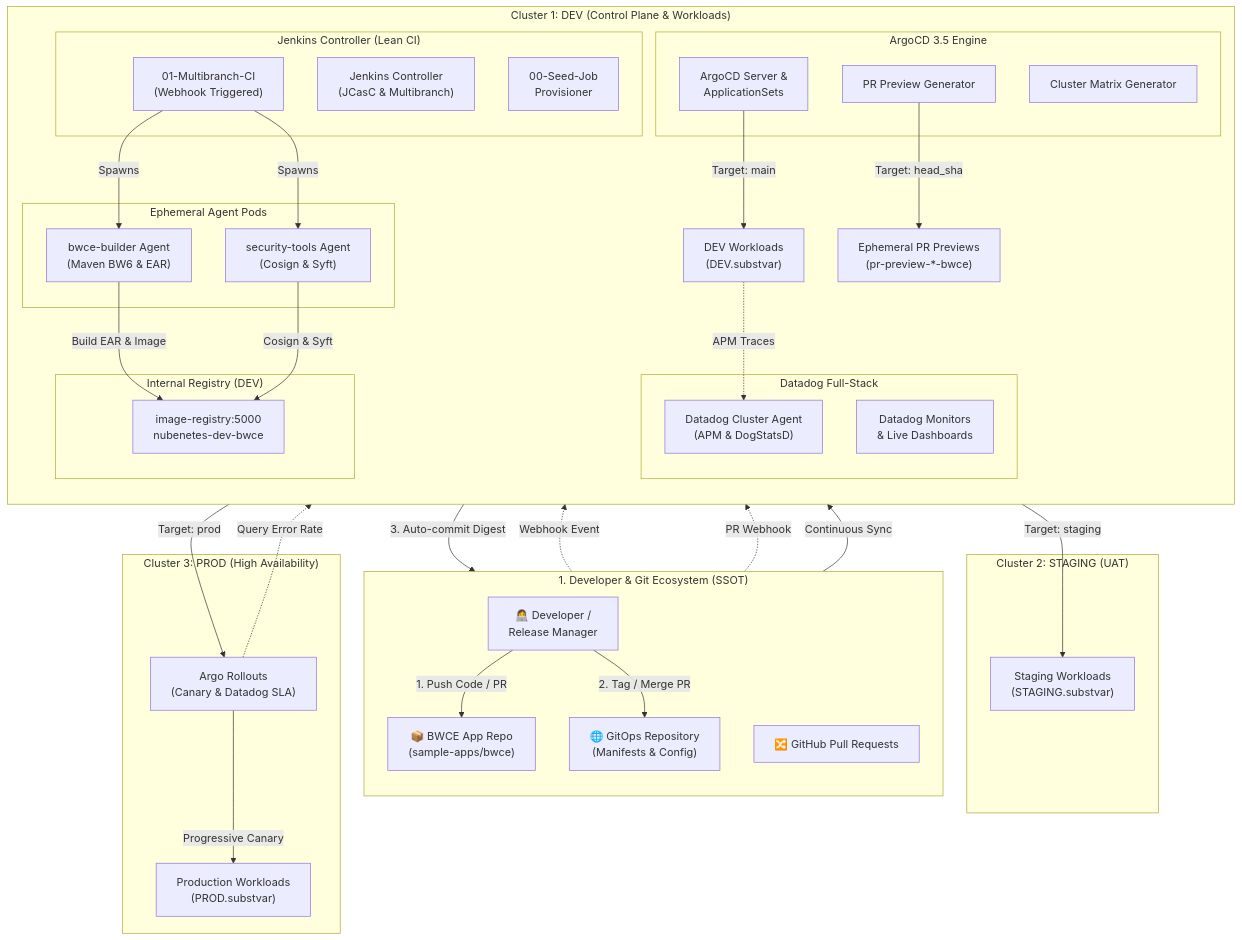
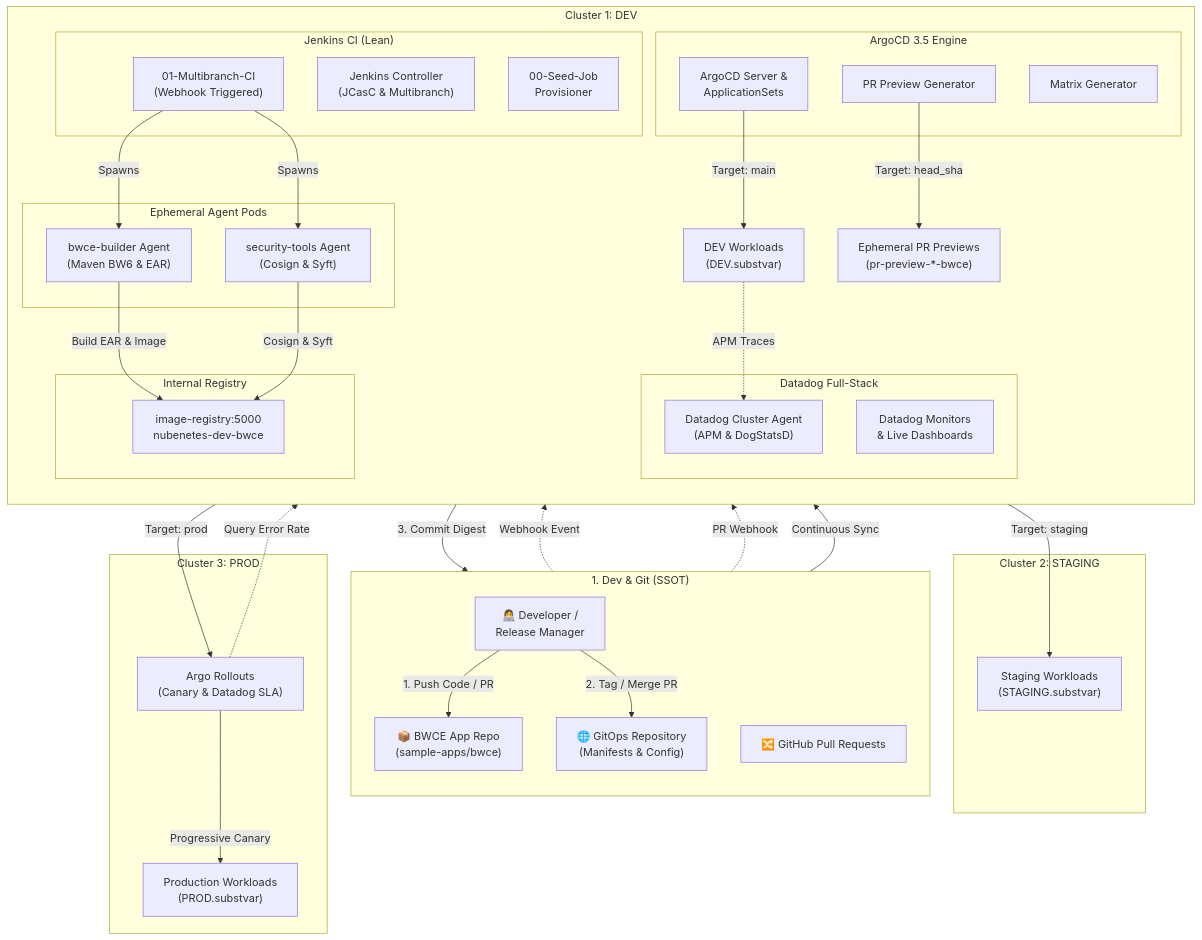
The seventh of 15 diagrams in README.md (nubenetes/jenkins-without-git-parameter-bwce), drawn with Mermaid before and after one commit. The commit also changed other lines of this file, not shown here.

Commit message:
fix(mermaid): enforce hard 20-char line limit on all diagram nodes to permanently prevent text clipping on GitHub

````diff
--- a/README.md
+++ b/README.md
@@ -553,76 +552,76 @@
 ```mermaid
 flowchart TB
-    subgraph DeveloperWorkspace["1. Developer & Git Ecosystem (SSOT)"]
+    subgraph DeveloperWorkspace["1. Dev & Git (SSOT)"]
         direction TB
         Dev["👩‍💻 Developer /<br/>Release Manager"]
         AppRepo["📦 BWCE App Repo<br/>(sample-apps/bwce)"]
         GitOpsRepo["🌐 GitOps Repository<br/>(Manifests & Config)"]
         GitHubPR["🔀 GitHub Pull Requests"]
     end
 
-    subgraph OCP_DEV["Cluster 1: DEV (Control Plane & Workloads)"]
+    subgraph OCP_DEV["Cluster 1: DEV"]
         direction TB
-        subgraph JenkinsPlatform["Jenkins Controller (Lean CI)"]
+        subgraph JenkinsPlatform["Jenkins CI (Lean)"]
             Master["Jenkins Controller<br/>(JCasC & Multibranch)"]
             Seed["00-Seed-Job<br/>Provisioner"]
             CIJob["01-Multibranch-CI<br/>(Webhook Triggered)"]
         end
 
         subgraph Agents["Ephemeral Agent Pods"]
             BwceAgent["bwce-builder Agent<br/>(Maven BW6 & EAR)"]
             SecurityAgent["security-tools Agent<br/>(Cosign & Syft)"]
         end
 
-        subgraph OCPDevRegistry["Internal Registry (DEV)"]
+        subgraph OCPDevRegistry["Internal Registry"]
             DevReg["image-registry:5000<br/>nubenetes-dev-bwce"]
         end
 
         subgraph ArgoCDMaster["ArgoCD 3.5 Engine"]
             ArgoServer["ArgoCD Server &<br/>ApplicationSets"]
             PRGen["PR Preview Generator"]
-            MatrixGen["Cluster Matrix Generator"]
+            MatrixGen["Matrix Generator"]
         end
 
         subgraph ObservabilityStack["Datadog Full-Stack"]
             DDAgent["Datadog Cluster Agent<br/>(APM & DogStatsD)"]
             DDMonitors["Datadog Monitors<br/>& Live Dashboards"]
         end
 
         DevApps["DEV Workloads<br/>(DEV.substvar)"]
         PreviewApps["Ephemeral PR Previews<br/>(pr-preview-*-bwce)"]
     end
 
-    subgraph OCP_STG["Cluster 2: STAGING (UAT)"]
+    subgraph OCP_STG["Cluster 2: STAGING"]
         StgApps["Staging Workloads<br/>(STAGING.substvar)"]
     end
 
-    subgraph OCP_PRD["Cluster 3: PROD (High Availability)"]
+    subgraph OCP_PRD["Cluster 3: PROD"]
         PrdApps["Production Workloads<br/>(PROD.substvar)"]
         Rollout["Argo Rollouts<br/>(Canary & Datadog SLA)"]
     end
 
     %% Developer interactions
     Dev -->|"1. Push Code / PR"| AppRepo
     Dev -->|"2. Tag / Merge PR"| GitOpsRepo
     AppRepo -.->|"Webhook Event"| CIJob
     GitHubPR -.->|"PR Webhook"| PRGen
 
     %% Jenkins CI Flow
     CIJob -->|"Spawns"| BwceAgent
     BwceAgent -->|"Build EAR & Image"| DevReg
     CIJob -->|"Spawns"| SecurityAgent
     SecurityAgent -->|"Cosign & Syft"| DevReg
-    SecurityAgent -->|"3. Auto-commit Digest"| GitOpsRepo
+    SecurityAgent -->|"3. Commit Digest"| GitOpsRepo
 
     %% ArgoCD GitOps Flow
     GitOpsRepo -->|"Continuous Sync"| ArgoServer
     ArgoServer -->|"Target: main"| DevApps
     PRGen -->|"Target: head_sha"| PreviewApps
     MatrixGen -->|"Target: staging"| StgApps
     MatrixGen -->|"Target: prod"| Rollout
     Rollout -->|"Progressive Canary"| PrdApps
 
     %% Observability
     DevApps -.->|"APM Traces"| DDAgent
     Rollout -.->|"Query Error Rate"| DDAgent
 ```
````
